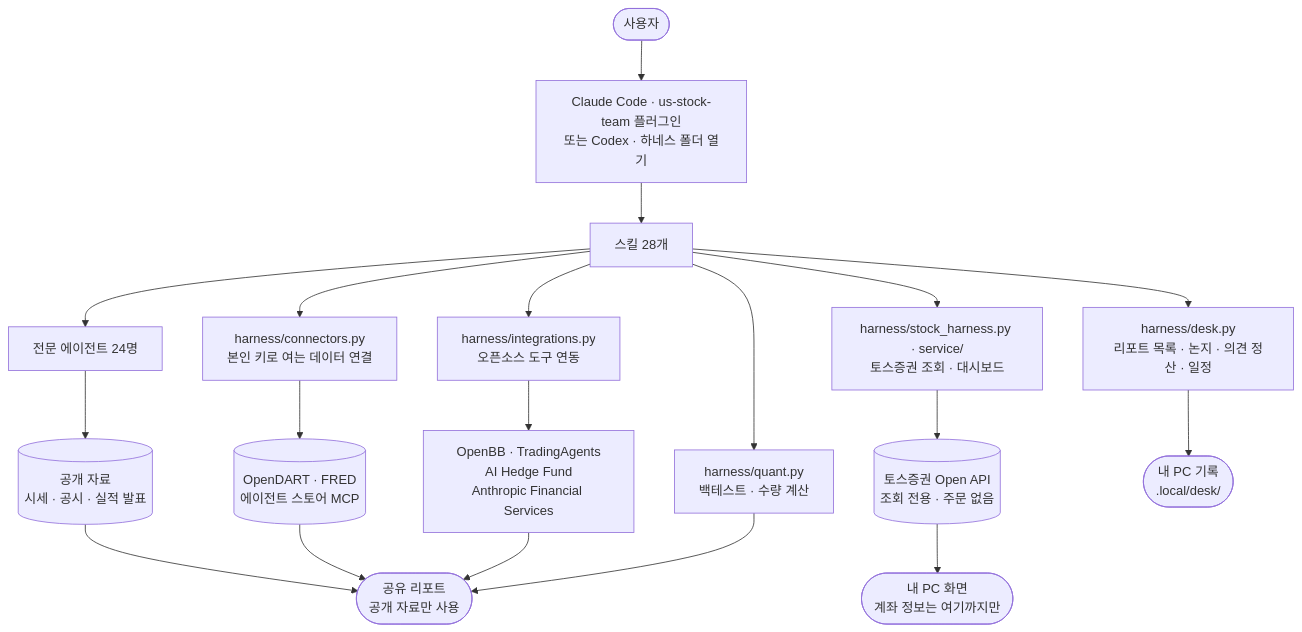
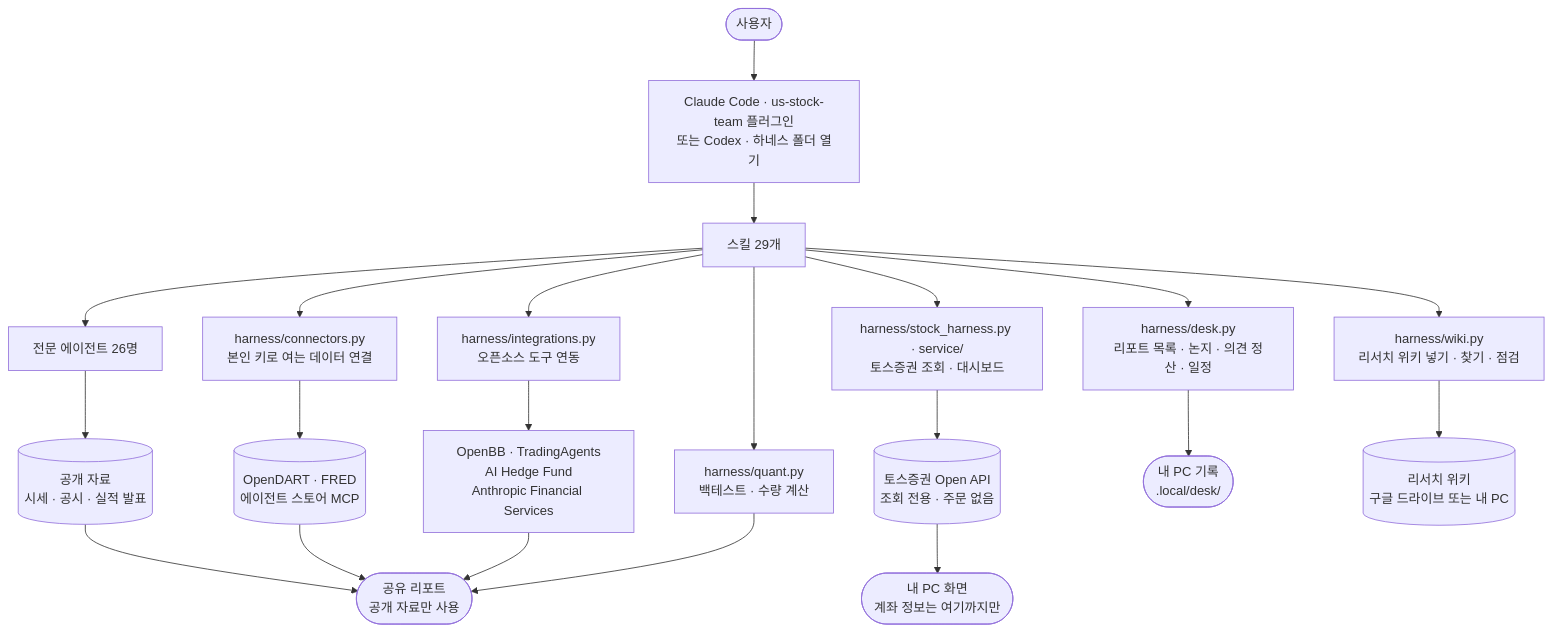
The second of 2 diagrams in README.md (seulee26/stock-team-harness), drawn with Mermaid before and after one commit. The commit also changed other lines of this file and 56 other files, not shown here.

````diff
--- a/README.md
+++ b/README.md
@@ -129,23 +132,25 @@
 ```mermaid
 flowchart TD
     U(["사용자"]) --> AI["Claude Code · us-stock-team 플러그인<br/>또는 Codex · 하네스 폴더 열기"]
-    AI --> SK["스킬 28개"]
-    SK --> AG["전문 에이전트 24명"]
+    AI --> SK["스킬 29개"]
+    SK --> AG["전문 에이전트 26명"]
+    SK --> WK["harness/wiki.py<br/>리서치 위키 넣기 · 찾기 · 점검"]
     SK --> DK["harness/desk.py<br/>리포트 목록 · 논지 · 의견 정산 · 일정"]
     SK --> QN["harness/quant.py<br/>백테스트 · 수량 계산"]
     SK --> CN["harness/connectors.py<br/>본인 키로 여는 데이터 연결"]
     SK --> HI["harness/integrations.py<br/>오픈소스 도구 연동"]
     SK --> HT["harness/stock_harness.py · service/<br/>토스증권 조회 · 대시보드"]
 
     AG --> PUB[("공개 자료<br/>시세 · 공시 · 실적 발표")]
     CN --> DATA[("OpenDART · FRED<br/>에이전트 스토어 MCP")]
     HI --> OSS["OpenBB · TradingAgents<br/>AI Hedge Fund<br/>Anthropic Financial Services"]
     HT --> TOSS[("토스증권 Open API<br/>조회 전용 · 주문 없음")]
 
     PUB --> REP(["공유 리포트<br/>공개 자료만 사용"])
     DATA --> REP
     OSS --> REP
     QN --> REP
     DK --> LOC(["내 PC 기록<br/>.local/desk/"])
+    WK --> WIKI[("리서치 위키<br/>구글 드라이브 또는 내 PC")]
     TOSS --> PC(["내 PC 화면<br/>계좌 정보는 여기까지만"])
 ```
````
